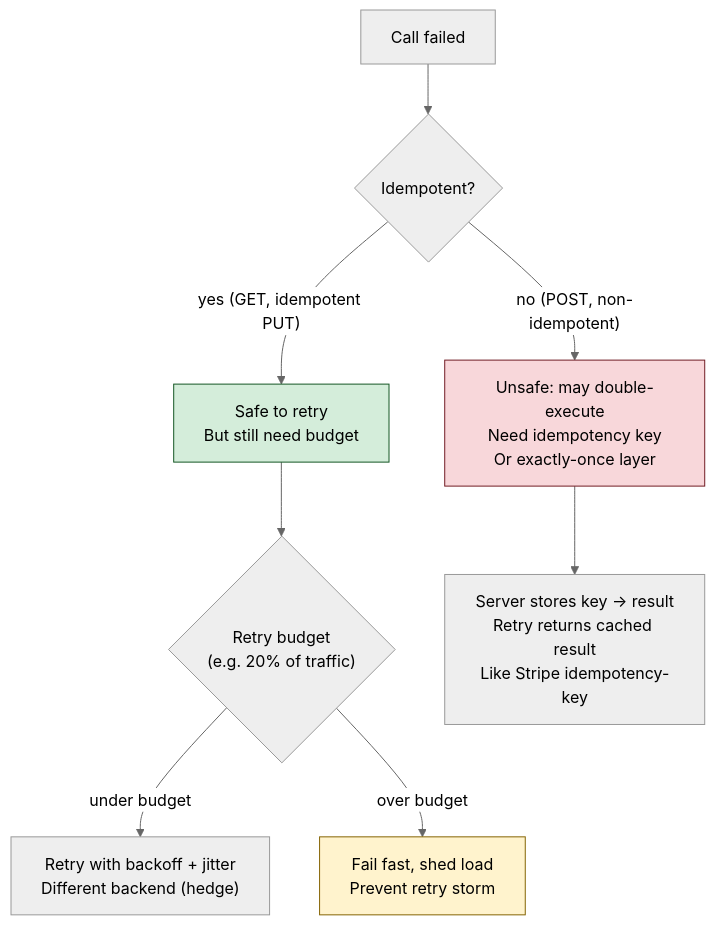
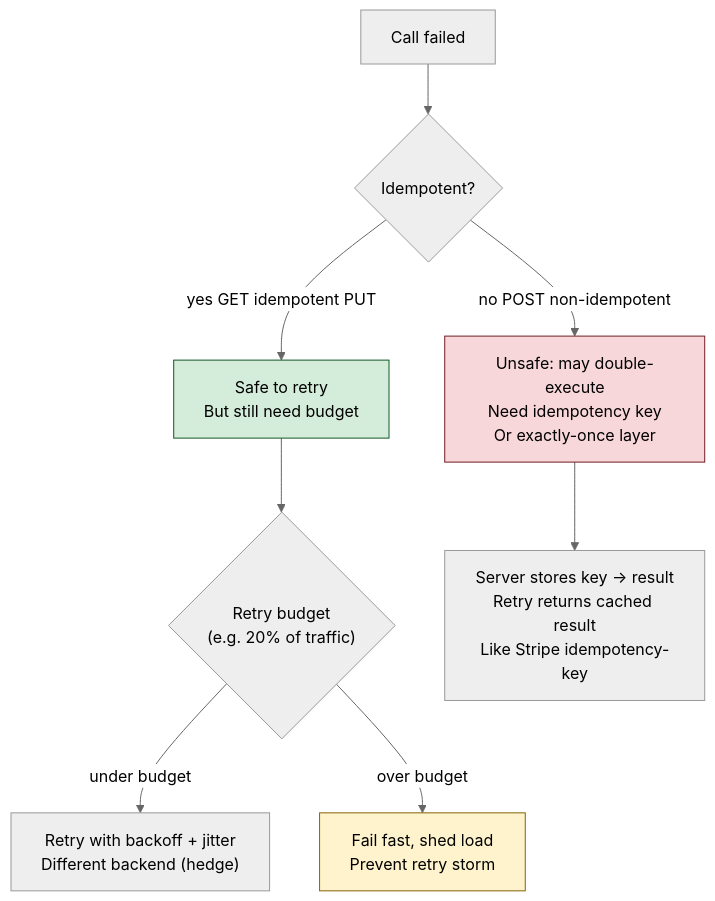
The fourth of 8 diagrams in vol-03-networking/ch11-network-reliability.md (bumbsclaw/textbooks), drawn with Mermaid (neutral theme) before and after one commit. The commit also changed other lines of this file and 173 other files, not shown here.

First line of the commit message:
fix(mermaid): close note brackets, semicolons in Notes, stateDiagram br -> dash, edge parens

````diff
--- a/vol-03-networking/ch11-network-reliability.md
+++ b/vol-03-networking/ch11-network-reliability.md
@@ -572,13 +572,13 @@
 ```mermaid
 flowchart TD
     Fail["Call failed"] --> Idem{"Idempotent?"}
-    Idem -->|"yes (GET, idempotent PUT)"| Safe["Safe to retry<br/>But still need budget"]
-    Idem -->|"no (POST, non-idempotent)"| Unsafe["Unsafe: may double-execute<br/>Need idempotency key<br/>Or exactly-once layer"]
+    Idem -->|"yes GET idempotent PUT "| Safe["Safe to retry<br/>But still need budget"]
+    Idem -->|"no POST non-idempotent "| Unsafe["Unsafe: may double-execute<br/>Need idempotency key<br/>Or exactly-once layer"]
     Safe --> Budget{"Retry budget<br/>(e.g. 20% of traffic)"}
     Budget -->|"under budget"| Retry["Retry with backoff + jitter<br/>Different backend (hedge)"]
     Budget -->|"over budget"| GiveUp["Fail fast, shed load<br/>Prevent retry storm"]
     Unsafe --> Key["Server stores key -> result<br/>Retry returns cached result<br/>Like Stripe idempotency-key"]
     style Safe fill:#d4edda,stroke:#155724
     style Unsafe fill:#f8d7da,stroke:#721c24
     style GiveUp fill:#fff3cd,stroke:#856404
 ```
````
